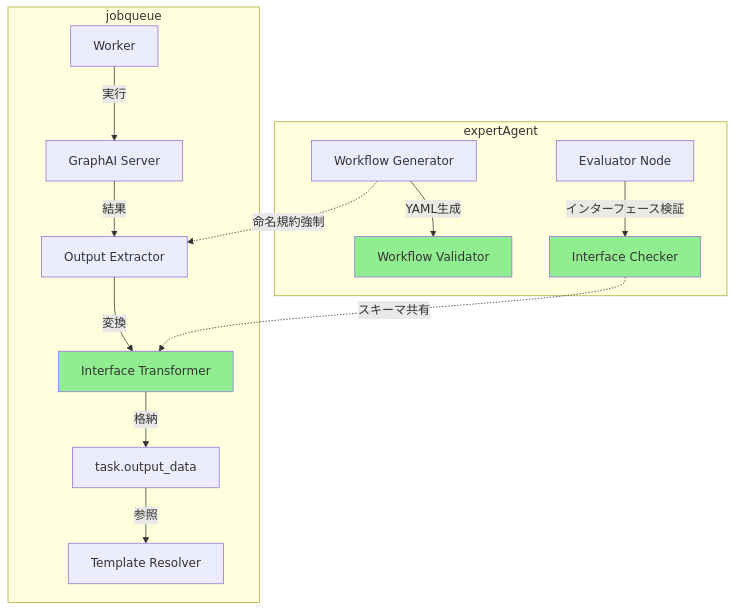
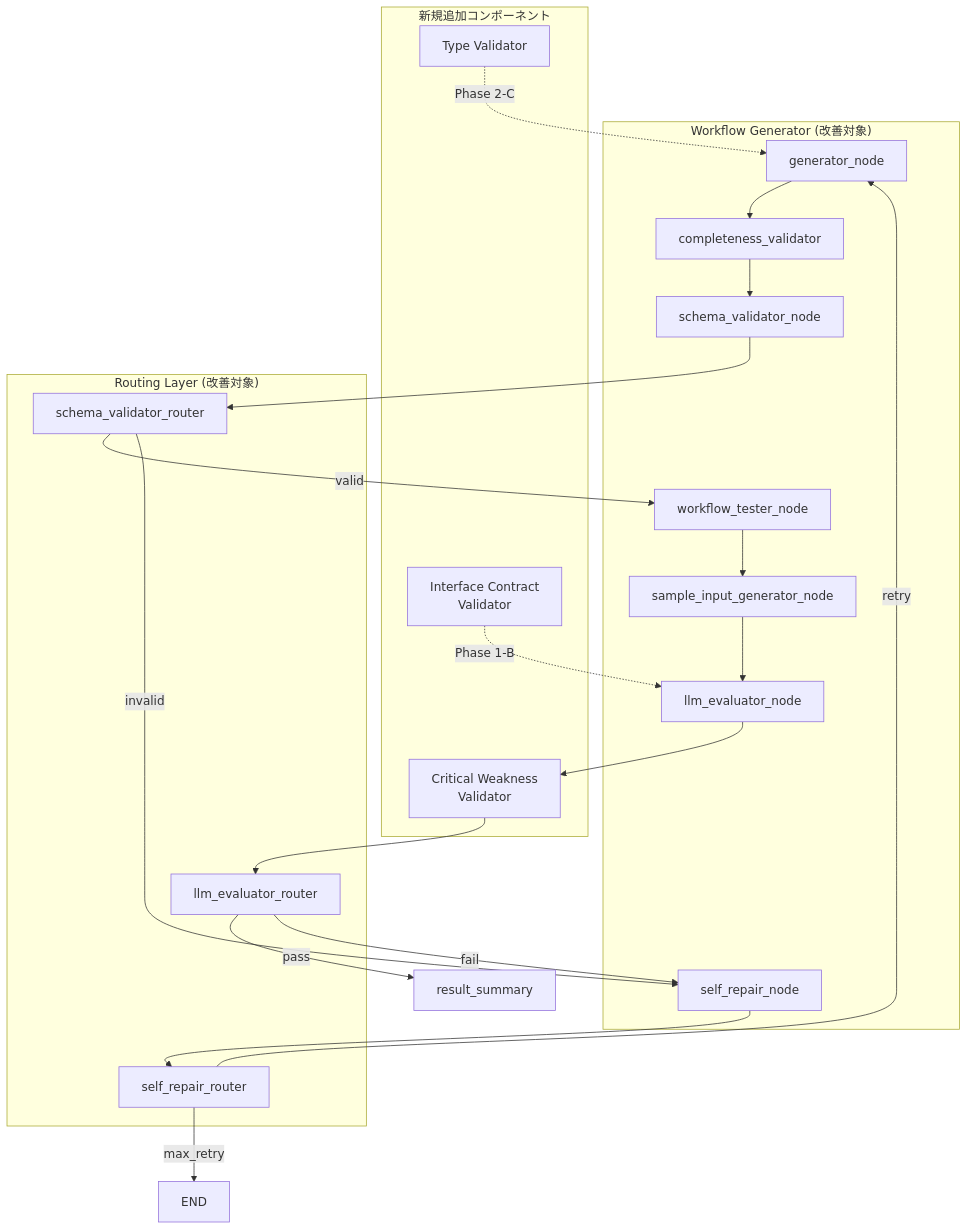
The first of 2 diagrams in dev-reports/feature/issue/338/design-policy.md (Kewton/MySwiftAgent), drawn with Mermaid before and after one commit. The commit also changed other lines of this file and 33 other files, not shown here.

````diff
--- a/dev-reports/feature/issue/338/design-policy.md
+++ b/dev-reports/feature/issue/338/design-policy.md
@@ -69,22 +90,44 @@
 ```mermaid
-graph TD
-    subgraph "expertAgent"
-        WG[Workflow Generator] --> |YAML生成| VAL[Workflow Validator]
-        EVAL[Evaluator Node] --> |インターフェース検証| IC[Interface Checker]
+graph TB
+    subgraph "Workflow Generator (改善対象)"
+        GEN[generator_node]
+        COMP[completeness_validator]
+        SCHEMA[schema_validator_node]
+        TEST[workflow_tester_node]
+        SAMPLE[sample_input_generator_node]
+        EVAL[llm_evaluator_node]
+        REPAIR[self_repair_node]
     end
 
-    subgraph "jobqueue"
-        W[Worker] --> |実行| GAS[GraphAI Server]
-        GAS --> |結果| EXT[Output Extractor]
-        EXT --> |変換| TRANS[Interface Transformer]
-        TRANS --> |格納| TD[task.output_data]
-        TD --> |参照| TR[Template Resolver]
+    subgraph "新規追加コンポーネント"
+        CV[Critical Weakness<br/>Validator]
+        IC[Interface Contract<br/>Validator]
+        TV[Type Validator]
     end
 
-    WG -.-> |命名規約強制| EXT
-    IC -.-> |スキーマ共有| TRANS
+    subgraph "Routing Layer (改善対象)"
+        R1[schema_validator_router]
+        R2[llm_evaluator_router]
+        R3[self_repair_router]
+    end
 
-    style TRANS fill:#90EE90
-    style VAL fill:#90EE90
-    style IC fill:#90EE90
+    GEN --> COMP
+    COMP --> SCHEMA
+    SCHEMA --> R1
+    R1 -->|valid| TEST
+    R1 -->|invalid| REPAIR
+
+    TEST --> SAMPLE
+    SAMPLE --> EVAL
+    EVAL --> CV
+    CV --> R2
+    R2 -->|pass| SUCCESS[result_summary]
+    R2 -->|fail| REPAIR
+
+    REPAIR --> R3
+    R3 -->|retry| GEN
+    R3 -->|max_retry| END[END]
+
+    IC -.->|Phase 1-B| EVAL
+    TV -.->|Phase 2-C| GEN
 ```
````
